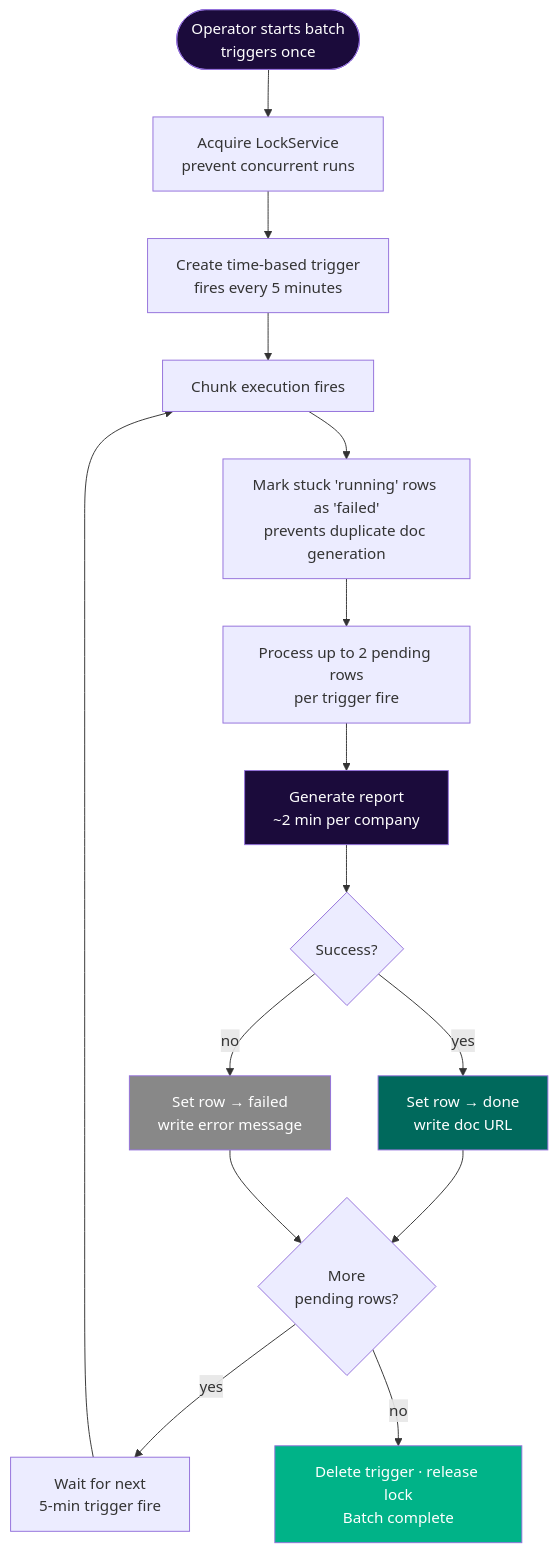
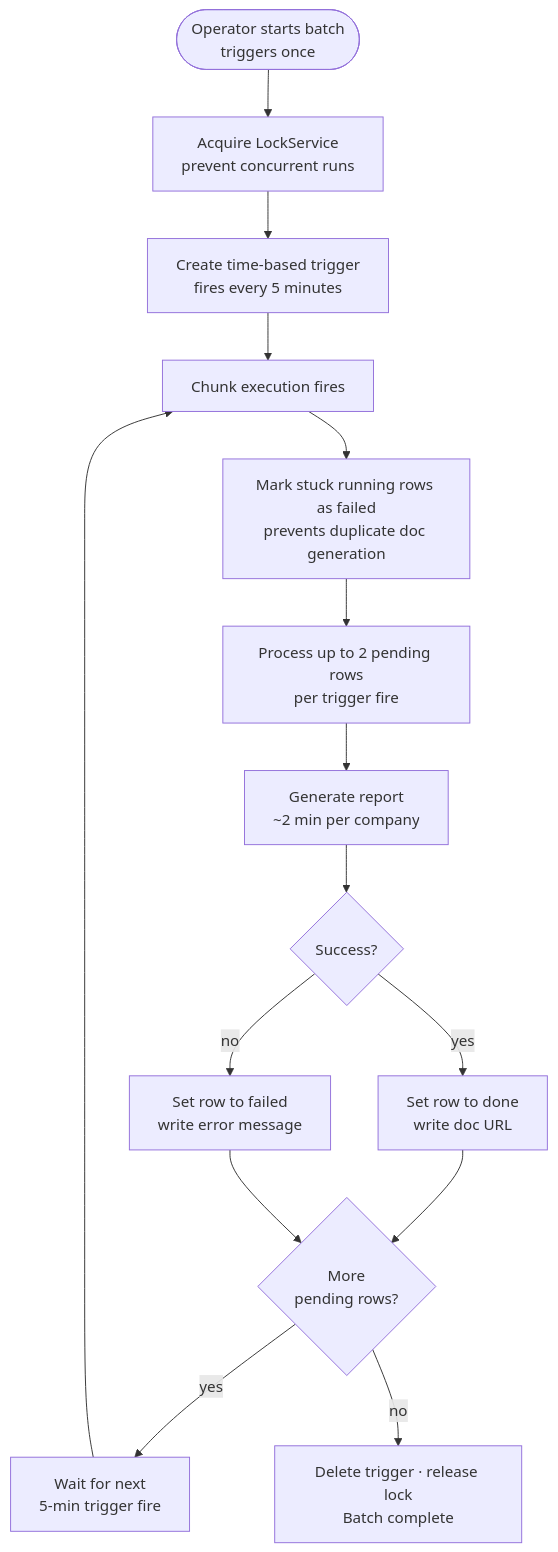
Before and after one commit to prsolans/growth-strategy-2026: the sixth of 6 diagrams in README.md, drawn with Mermaid. The commit also changed other lines of this file, not shown here.

First line of the commit message:
Remove Mermaid color styles, fix HTML tags rendering as literal text

````diff
--- a/README.md
+++ b/README.md
@@ -206,26 +168,20 @@
 ```mermaid
 flowchart TD
     START(["Operator starts batch<br/>triggers once"]) --> LOCK["Acquire LockService<br/>prevent concurrent runs"]
     LOCK --> TRIGGER["Create time-based trigger<br/>fires every 5 minutes"]
 
     TRIGGER --> CHUNK["Chunk execution fires"]
-    CHUNK --> STUCK["Mark stuck 'running' rows as 'failed'<br/>prevents duplicate doc generation"]
+    CHUNK --> STUCK["Mark stuck running rows as failed<br/>prevents duplicate doc generation"]
     STUCK --> LOOP["Process up to 2 pending rows<br/>per trigger fire"]
 
     LOOP --> GEN["Generate report<br/>~2 min per company"]
     GEN --> STATUS{"Success?"}
-    STATUS -- yes --> MARK_DONE["Set row → done<br/>write doc URL"]
-    STATUS -- no --> MARK_FAIL["Set row → failed<br/>write error message"]
+    STATUS -- yes --> MARK_DONE["Set row to done<br/>write doc URL"]
+    STATUS -- no --> MARK_FAIL["Set row to failed<br/>write error message"]
 
     MARK_DONE & MARK_FAIL --> MORE{"More<br/>pending rows?"}
     MORE -- yes --> WAIT["Wait for next<br/>5-min trigger fire"]
     MORE -- no --> CLEANUP["Delete trigger · release lock<br/>Batch complete"]
 
     WAIT --> CHUNK
-
-    style START fill:#1B0B3B,color:#ffffff
-    style GEN fill:#1B0B3B,color:#ffffff
-    style MARK_DONE fill:#00695C,color:#ffffff
-    style MARK_FAIL fill:#888888,color:#ffffff
-    style CLEANUP fill:#00B388,color:#ffffff
 ```
````
